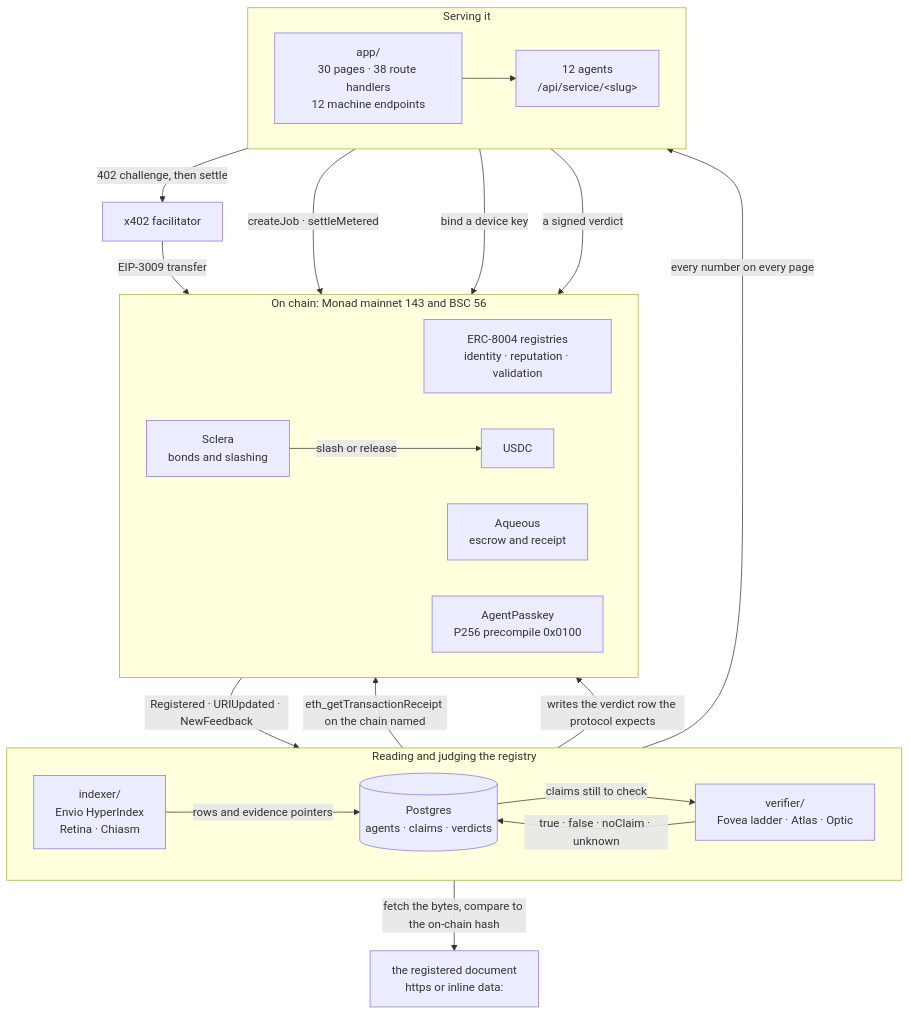
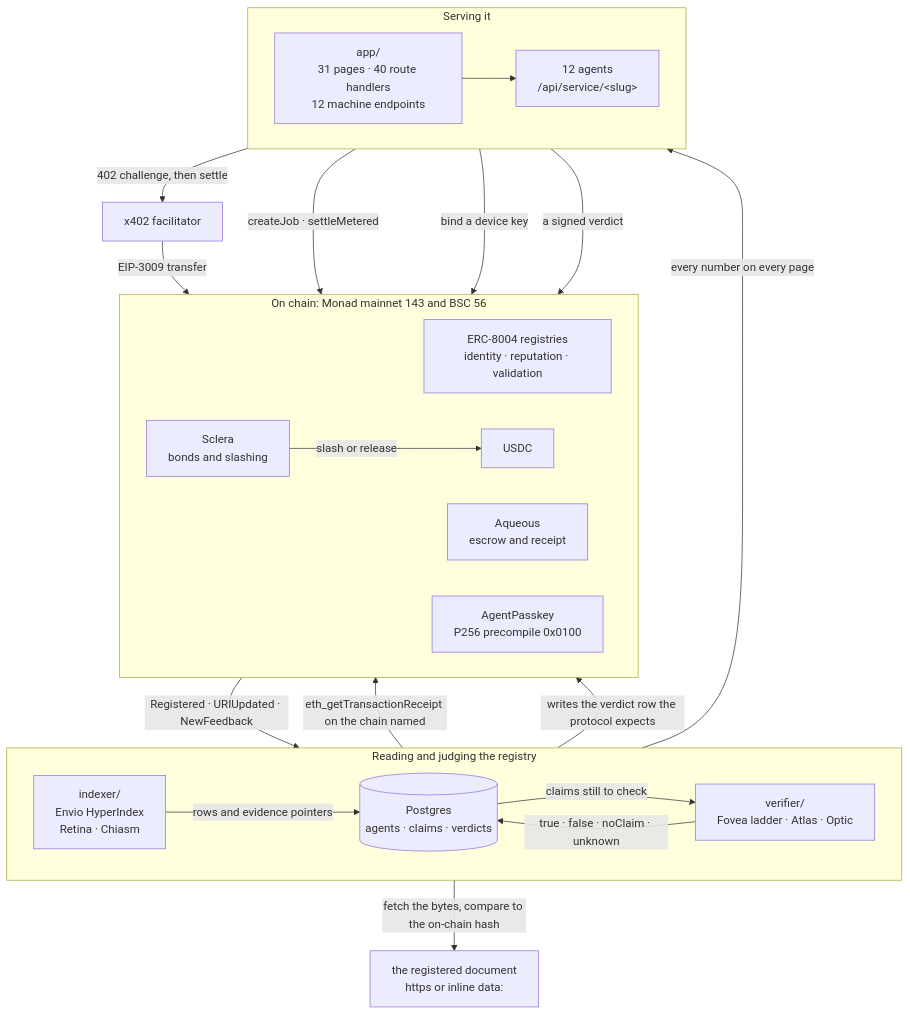
The second of 2 diagrams in README.md (zkasuran/kanmani), drawn with Mermaid before and after one commit. The commit also changed other lines of this file and 29 other files, not shown here.

````diff
--- a/README.md
+++ b/README.md
@@ -218,43 +218,43 @@
 ```mermaid
 flowchart TB
     subgraph onchain["On chain: Monad mainnet 143 and BSC 56"]
         direction LR
         REG["ERC-8004 registries<br/>identity · reputation · validation"]
         AQ["Aqueous<br/>escrow and receipt"]
         SC["Sclera<br/>bonds and slashing"]
         PK["AgentPasskey<br/>P256 precompile 0x0100"]
         USDC["USDC"]
     end
 
     subgraph read["Reading and judging the registry"]
         direction LR
         IDX["indexer/<br/>Envio HyperIndex<br/>Retina · Chiasm"]
         DB[("Postgres<br/>agents · claims · verdicts")]
         VER["verifier/<br/>Fovea ladder · Atlas · Optic"]
     end
 
     subgraph serve["Serving it"]
         direction LR
-        APP["app/<br/>30 pages · 38 route handlers<br/>12 machine endpoints"]
+        APP["app/<br/>31 pages · 40 route handlers<br/>12 machine endpoints"]
         SVC["12 agents<br/>/api/service/&lt;slug&gt;"]
     end
 
     DOC["the registered document<br/>https or inline data:"]
     FAC["x402 facilitator"]
 
     REG -- "Registered · URIUpdated · NewFeedback" --> IDX
     IDX -- "rows and evidence pointers" --> DB
     DB -- "claims still to check" --> VER
     VER -- "fetch the bytes, compare to the on-chain hash" --> DOC
     VER -- "eth_getTransactionReceipt on the chain named" --> REG
     VER -- "true · false · noClaim · unknown" --> DB
     VER -- "writes the verdict row the protocol expects" --> REG
     DB -- "every number on every page" --> APP
     APP --> SVC
     APP -- "402 challenge, then settle" --> FAC
     FAC -- "EIP-3009 transfer" --> USDC
     APP -- "createJob · settleMetered" --> AQ
     APP -- "bind a device key" --> PK
     SVC -- "a signed verdict" --> SC
     SC -- "slash or release" --> USDC
 ```
````
